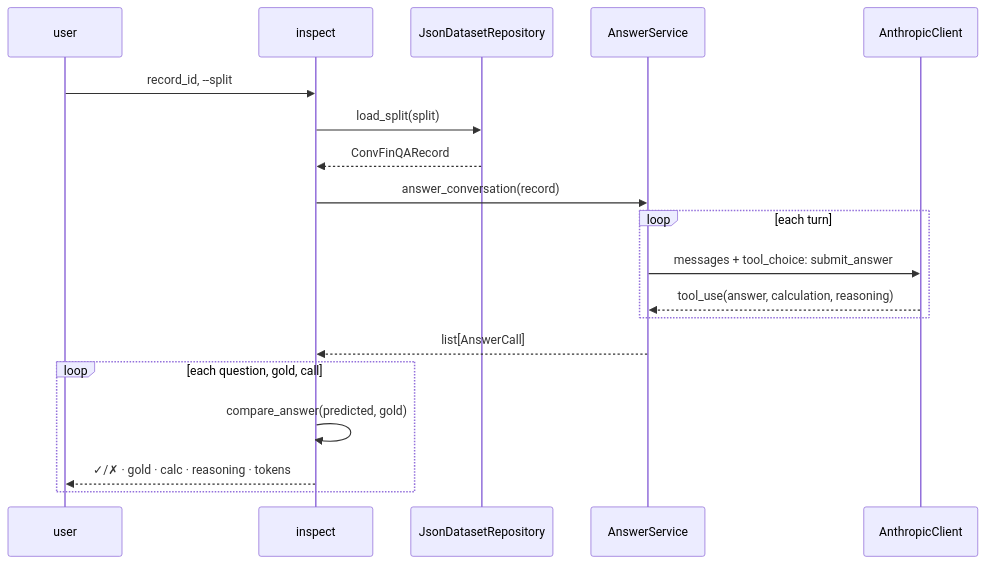
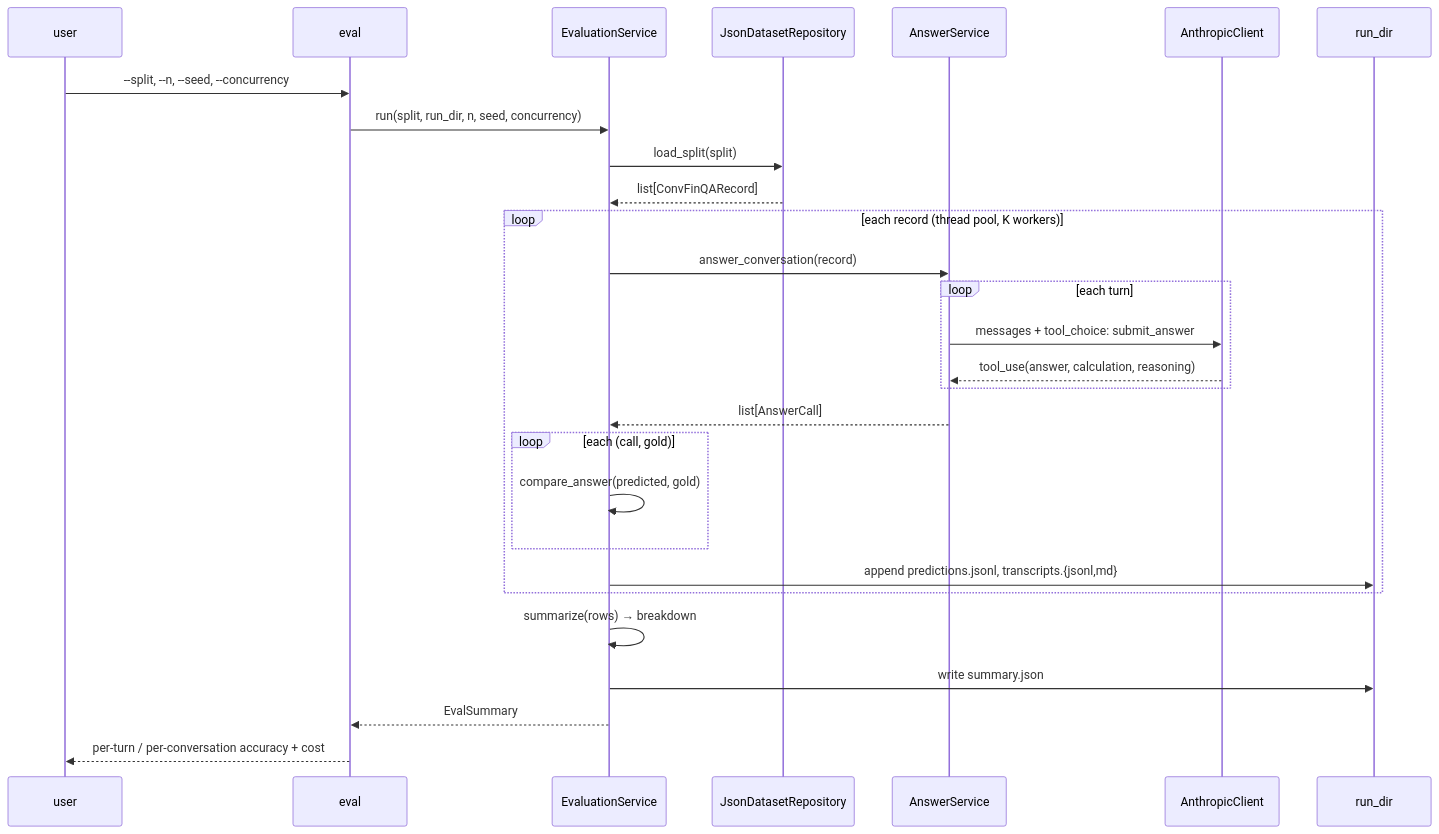
Before and after one commit to zarifaziz/convfinqa: the second of 2 diagrams in REPORT.md, drawn with Mermaid. The commit also changed other lines of this file and 26 other files, not shown here.

First line of the commit message:
commit cited run artefacts; REPORT eval-pass diagram + future-work axial coding

````diff
--- a/REPORT.md
+++ b/REPORT.md
@@ -43,21 +43,30 @@
 ```mermaid
 sequenceDiagram
   participant U as user
-  participant CLI as inspect
+  participant CLI as eval
+  participant ES as EvaluationService
   participant Repo as JsonDatasetRepository
   participant AS as AnswerService
   participant LLM as AnthropicClient
-  U->>CLI: record_id, --split
-  CLI->>Repo: load_split(split)
-  Repo-->>CLI: ConvFinQARecord
-  CLI->>AS: answer_conversation(record)
-  loop each turn
-    AS->>LLM: messages + tool_choice: submit_answer
-    LLM-->>AS: tool_use(answer, calculation, reasoning)
+  participant FS as run_dir
+  U->>CLI: --split, --n, --seed, --concurrency
+  CLI->>ES: run(split, run_dir, n, seed, concurrency)
+  ES->>Repo: load_split(split)
+  Repo-->>ES: list[ConvFinQARecord]
+  loop each record (thread pool, K workers)
+    ES->>AS: answer_conversation(record)
+    loop each turn
+      AS->>LLM: messages + tool_choice: submit_answer
+      LLM-->>AS: tool_use(answer, calculation, reasoning)
+    end
+    AS-->>ES: list[AnswerCall]
+    loop each (call, gold)
+      ES->>ES: compare_answer(predicted, gold)
+    end
+    ES->>FS: append predictions.jsonl, transcripts.{jsonl,md}
   end
-  AS-->>CLI: list[AnswerCall]
-  loop each question, gold, call
-    CLI->>CLI: compare_answer(predicted, gold)
-    CLI-->>U: ✓/✗ · gold · calc · reasoning · tokens
-  end
+  ES->>ES: summarize(rows) → breakdown
+  ES->>FS: write summary.json
+  ES-->>CLI: EvalSummary
+  CLI-->>U: per-turn / per-conversation accuracy + cost
 ```
````
